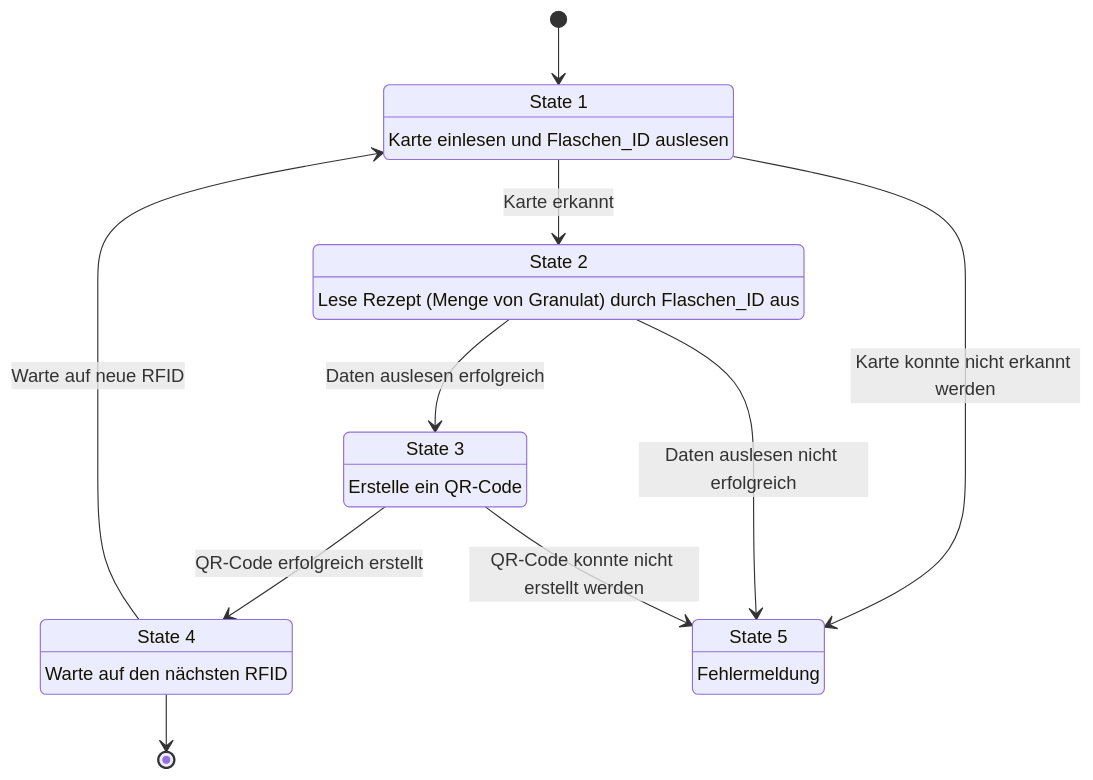
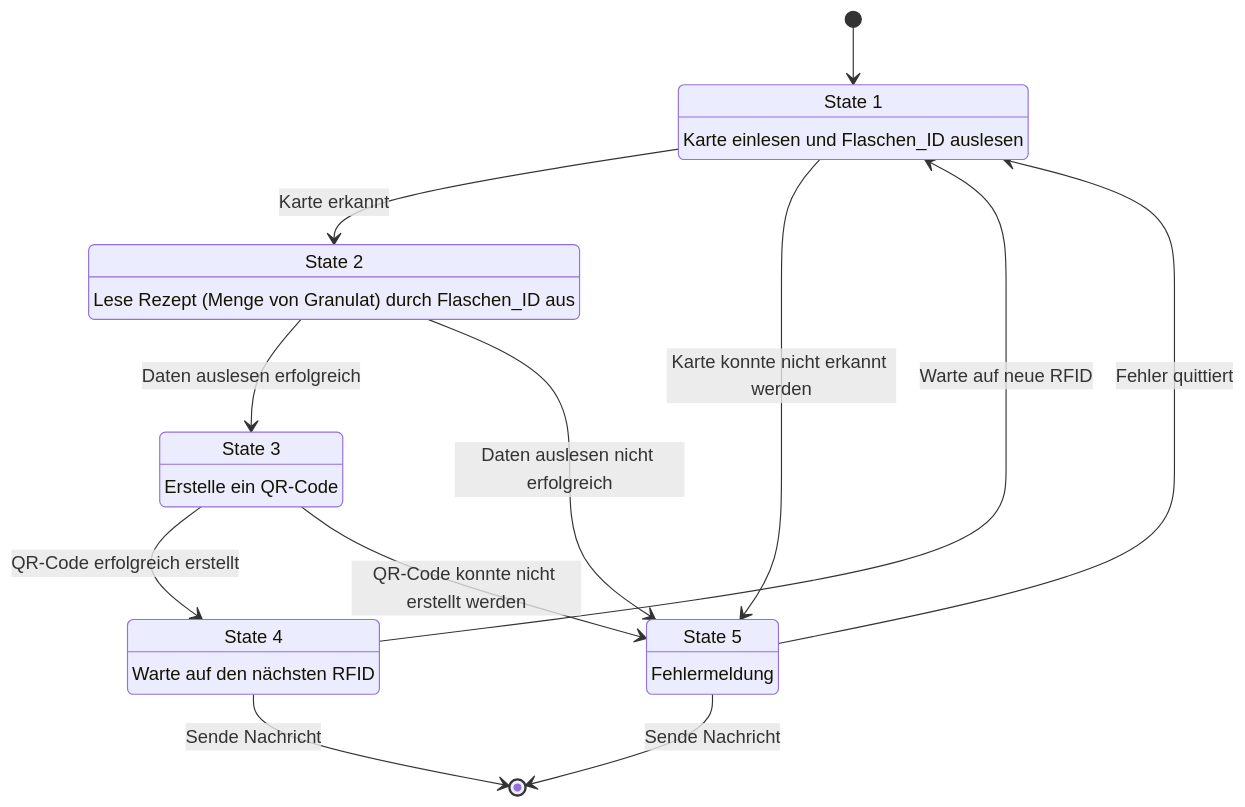
The second of 2 diagrams in README.md (Kevidor/IOT_pn532_KevAbo), drawn with Mermaid before and after one commit. The commit also changed other lines of this file, not shown here.

````diff
--- a/README.md
+++ b/README.md
@@ -52,23 +53,25 @@
 ```mermaid
 stateDiagram
 State1: State 1
 State1: Karte einlesen und Flaschen_ID auslesen
 State2: State 2
 State2: Lese Rezept (Menge von Granulat) durch Flaschen_ID aus
 State3: State 3
 State3: Erstelle ein QR-Code
 State4: State 4
 State4: Warte auf den nächsten RFID
 State5: State 5
 State5: Fehlermeldung
 
 [*]  -->  State1
 State1  -->  State2: Karte erkannt
 State1  -->  State5: Karte konnte nicht erkannt werden
 State2  -->  State3: Daten auslesen erfolgreich
 State2  -->  State5: Daten auslesen nicht erfolgreich
 State3  -->  State4: QR-Code erfolgreich erstellt
 State3  -->  State5: QR-Code konnte nicht erstellt werden
 State4  -->  State1: Warte auf neue RFID
-State4  -->  [*]
+State5  -->  State1: Fehler quittiert
+State4  -->  [*]: Sende Nachricht
+State5  -->  [*]: Sende Nachricht
 ```
````
